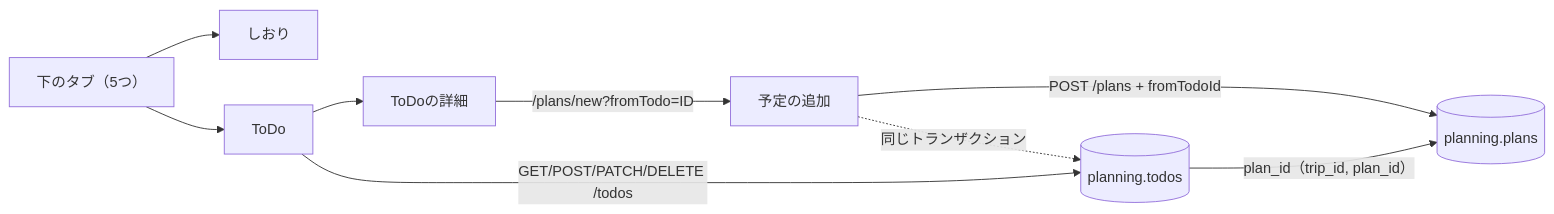
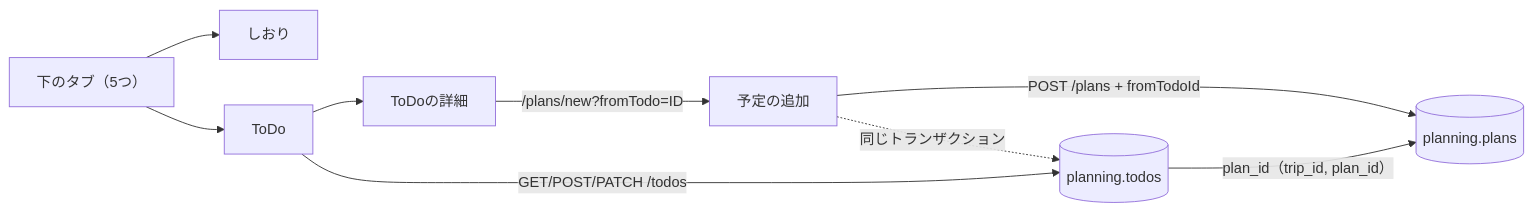
Before and after one commit to oze-xxbumpxx/Tomotabi: the third of 4 diagrams in docs/designs/trip-todo.md, drawn with Mermaid. The commit also changed other lines of this file, not shown here.

````diff
--- a/docs/designs/trip-todo.md
+++ b/docs/designs/trip-todo.md
@@ -66,10 +66,10 @@
 ```mermaid
 flowchart LR
   tab5["下のタブ（5つ）"] --> itin[しおり] & todo[ToDo]
   todo --> tdetail[ToDoの詳細]
   tdetail -->|"/plans/new?fromTodo=ID"| form[予定の追加]
   form -->|"POST /plans + fromTodoId"| plans[(planning.plans)]
   form -.->|同じトランザクション| todos[(planning.todos)]
-  todo -->|"GET/POST/PATCH/DELETE /todos"| todos
+  todo -->|"GET/POST/PATCH /todos"| todos
   todos -->|"plan_id（trip_id, plan_id）"| plans
 ```
````
